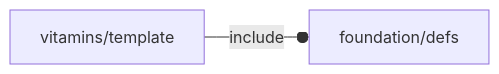
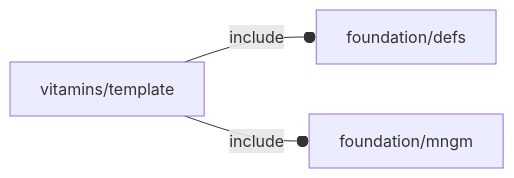
One commit to ggabbiani/OFL changed the diagram in orthodocs/vitamins/template.md. Above: the diagram before and after it, drawn with Mermaid. The commit also changed 39 other files, not shown here.

````diff
--- a/orthodocs/vitamins/template.md
+++ b/orthodocs/vitamins/template.md
@@ -5,4 +5,5 @@
 ```mermaid
 graph LR
     A1[vitamins/template] --o|include| A2[foundation/defs]
+    A1 --o|include| A3[foundation/mngm]
 ```
````
